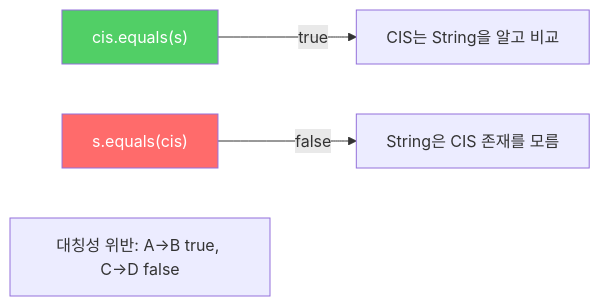
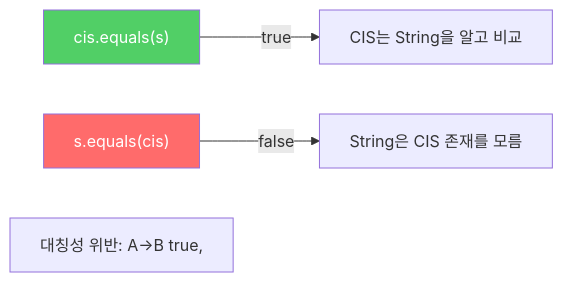
One commit to yjkim2015/yjkim2015.github.io changed the second of 4 diagrams in _posts/java/2021-12-22-effective-java10.md. Above: the diagram before and after it, drawn with Mermaid. The commit also changed other lines of this file and 271 other files, not shown here.

First line of the commit message:
Mermaid 라벨 축소: 긴 노드 텍스트 18자 이하로 트림 + \n 제거

````diff
--- a/_posts/java/2021-12-22-effective-java10.md
+++ b/_posts/java/2021-12-22-effective-java10.md
@@ -101,8 +101,8 @@
 ```mermaid
 graph LR
     A["cis.equals(s)"] -->|"true"| B["CIS는 String을 알고 비교"]
     C["s.equals(cis)"] -->|"false"| D["String은 CIS 존재를 모름"]
     style A fill:#51cf66,color:#fff
     style C fill:#ff6b6b,color:#fff
-    note["대칭성 위반: A→B true, C→D false"]
+    note["대칭성 위반: A→B true,"]
 ```
````
